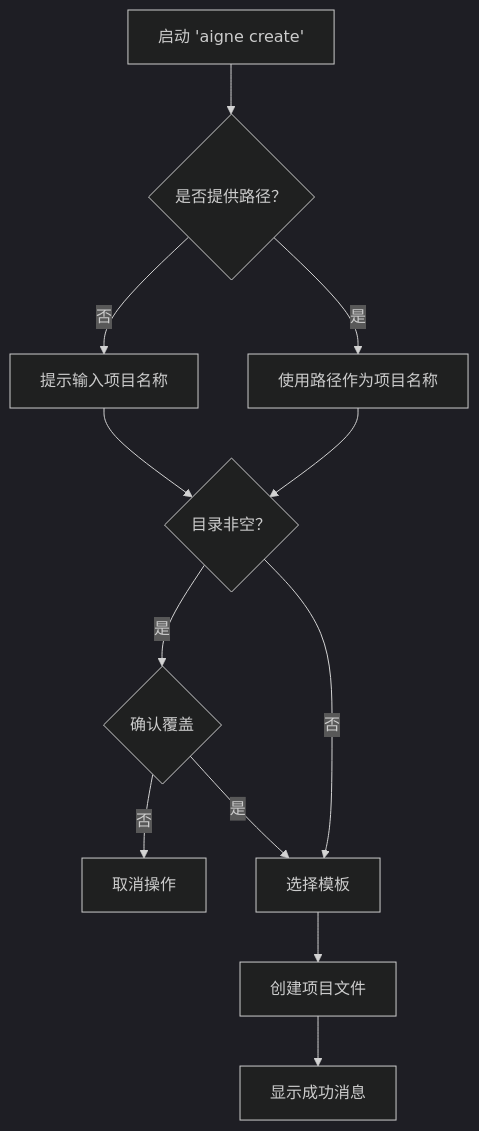
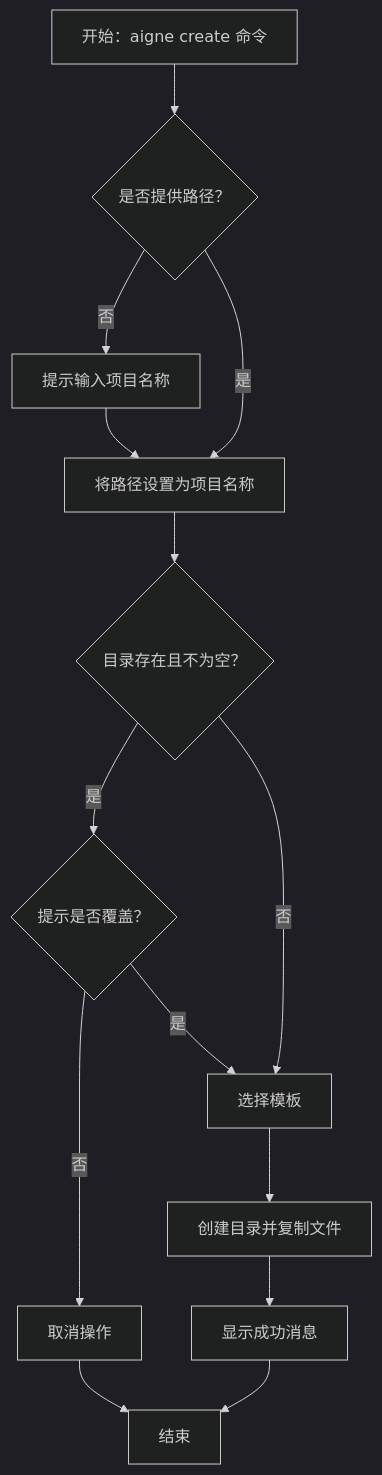
One commit to AIGNE-io/aigne-framework changed the diagram in packages/cli/docs/command-reference-create.zh.md. Above: the diagram before and after it, drawn with Mermaid (dark theme). The commit also changed other lines of this file and 24 other files, not shown here.

````diff
--- a/packages/cli/docs/command-reference-create.zh.md
+++ b/packages/cli/docs/command-reference-create.zh.md
@@ -9,14 +55,16 @@
 ```mermaid
 flowchart TD
-    A["启动 'aigne create'"] --> B{"是否提供路径？"};
+    A["开始：aigne create 命令"] --> B{"是否提供路径？"};
     B -- "否" --> C["提示输入项目名称"];
-    B -- "是" --> D["使用路径作为项目名称"];
-    C --> E{"目录非空？"};
-    D --> E;
-    E -- "是" --> F{"确认覆盖"};
+    C --> D["将路径设置为项目名称"];
+    B -- "是" --> D;
+    D --> E{"目录存在且不为空？"};
+    E -- "是" --> F{"提示是否覆盖？"};
     F -- "否" --> G["取消操作"];
     F -- "是" --> H["选择模板"];
     E -- "否" --> H;
-    H --> I["创建项目文件"];
+    H --> I["创建目录并复制文件"];
     I --> J["显示成功消息"];
+    J --> K["结束"];
+    G --> K;
 ```
````
